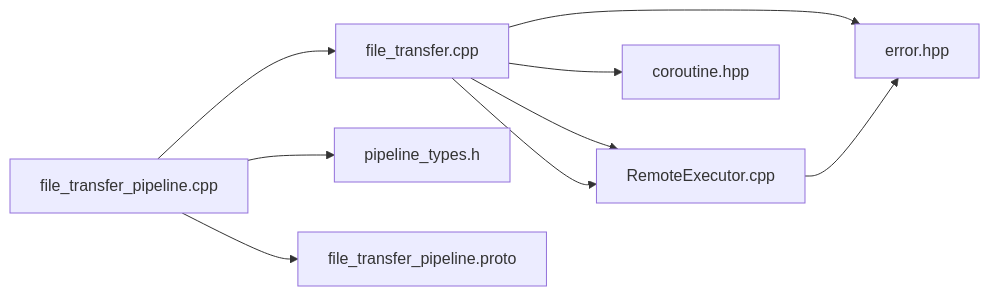
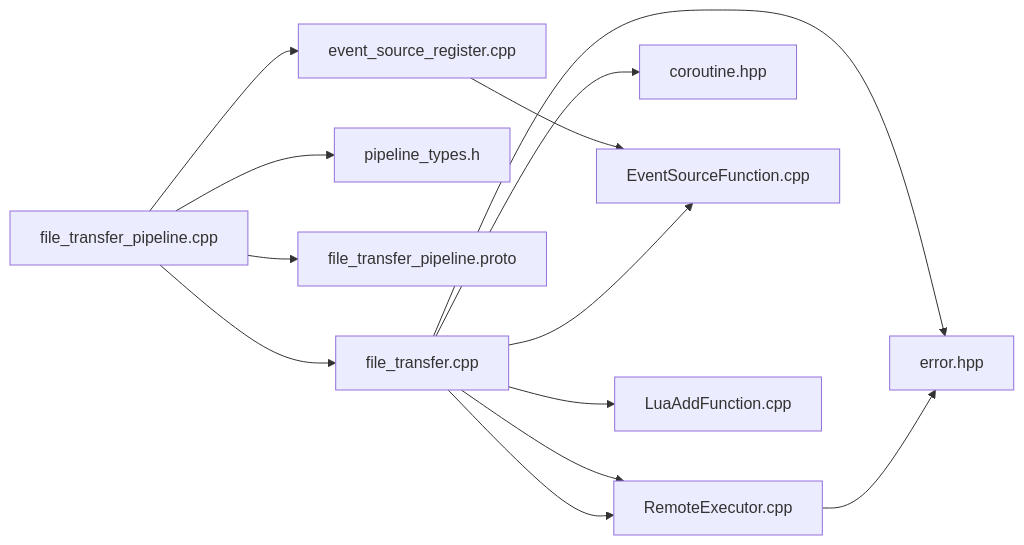
Before and after one commit to hsmbanlance/HsBaSlicer: the eighth of 8 diagrams in .qoder/repowiki/en/content/Core Architecture/File Transfer Pipeline System.md, drawn with Mermaid. The commit also changed other lines of this file and 31 other files, not shown here.

First line of the commit message:
docs(architecture): 更新文档以包含事件处理系统和动态库测试

````diff
--- a/.qoder/repowiki/en/content/Core Architecture/File Transfer Pipeline System.md
+++ b/.qoder/repowiki/en/content/Core Architecture/File Transfer Pipeline System.md
@@ -265,11 +404,15 @@
 ```mermaid
 graph LR
 CAPI["file_transfer_pipeline.cpp"] --> CoreAPI["file_transfer.cpp"]
 CoreAPI --> Net["RemoteExecutor.cpp"]
 CoreAPI --> Coro["coroutine.hpp"]
 CoreAPI --> Err["error.hpp"]
 CAPI --> Types["pipeline_types.h"]
 CAPI --> Proto["file_transfer_pipeline.proto"]
+CAPI --> EventReg["event_source_register.cpp"]
+EventReg --> EventSys["EventSourceFunction.cpp"]
+CoreAPI --> EventSys
+CoreAPI --> LuaExt["LuaAddFunction.cpp"]
 Net --> Err
 CoreAPI --> Net
 ```
````
